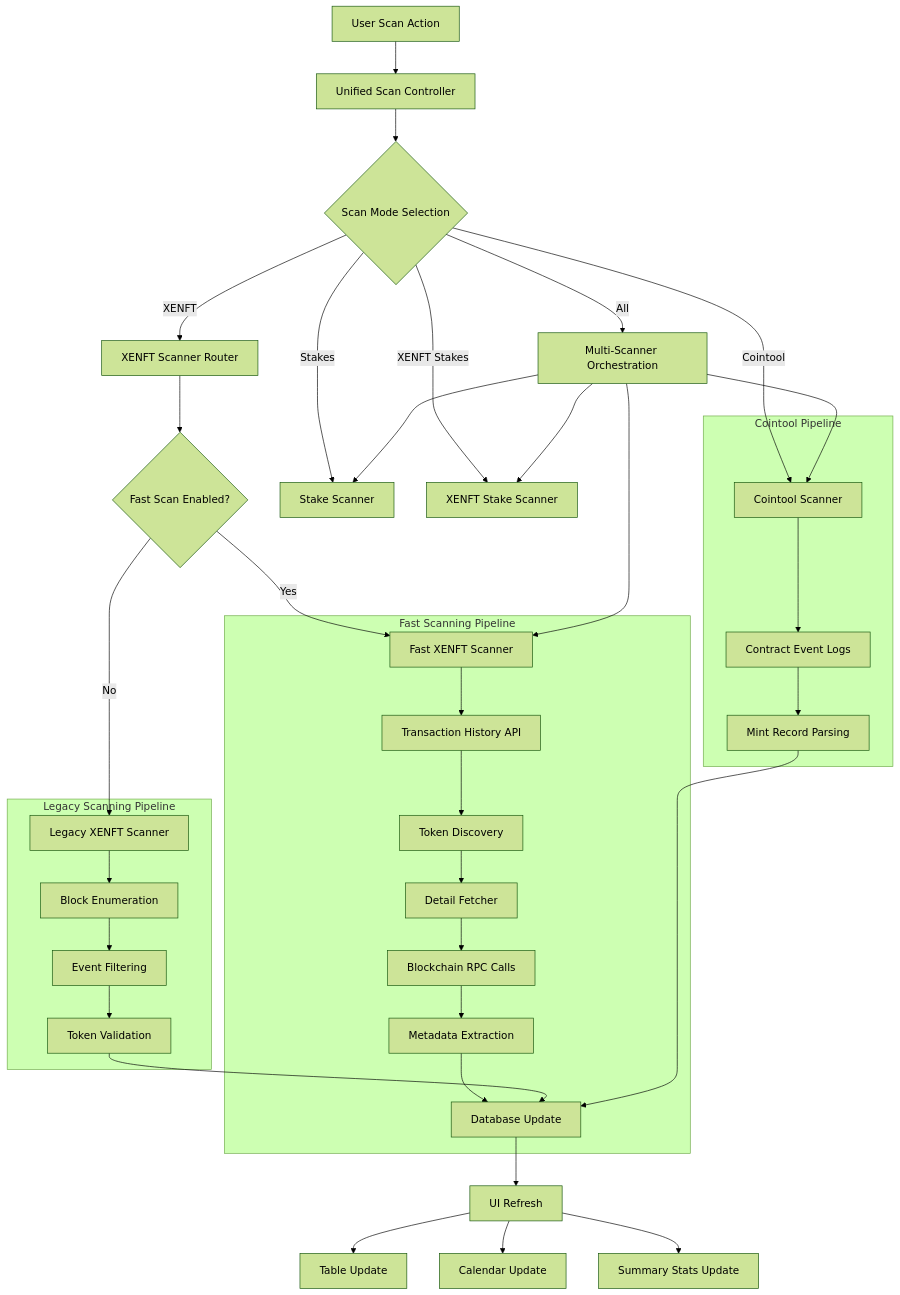
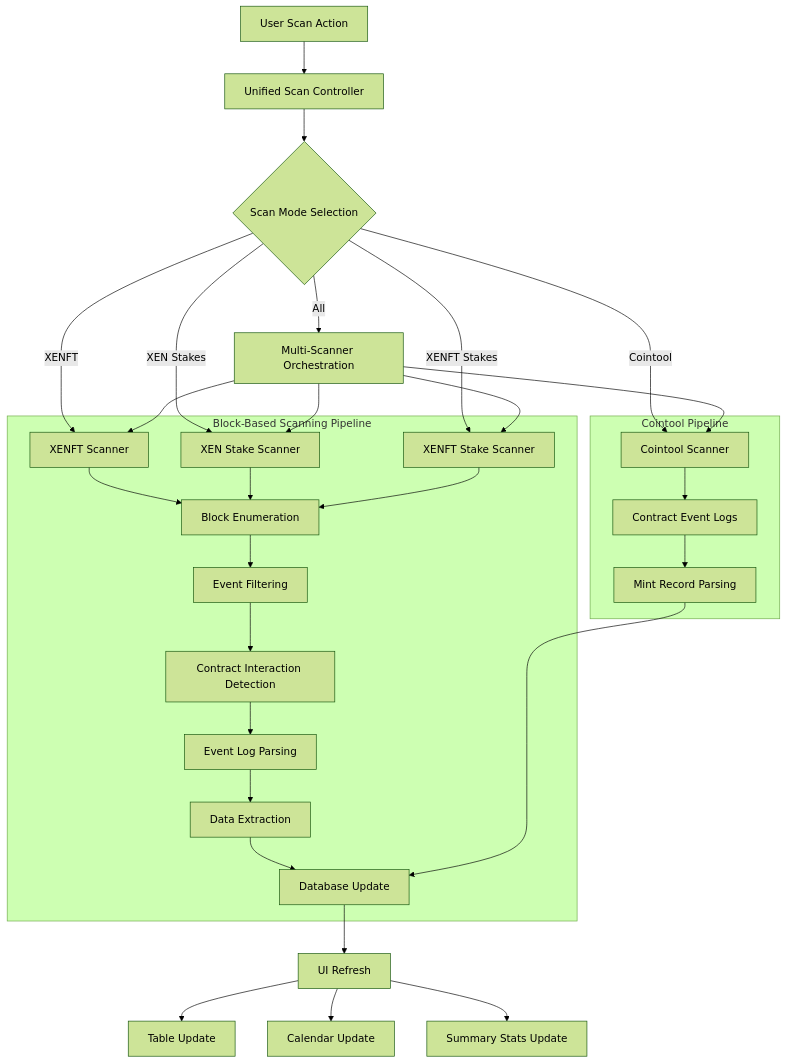
Before and after one commit to JozefJarosciak/wenxen.com: the fourth of 14 diagrams in flow.md, drawn with Mermaid (forest theme). The commit also changed other lines of this file and 2 other files, not shown here.

````diff
--- a/flow.md
+++ b/flow.md
@@ -167,47 +162,38 @@
 ```mermaid
 graph TB
     A[User Scan Action] --> B[Unified Scan Controller]
     B --> C{Scan Mode Selection}
     
     C -->|All| D[Multi-Scanner Orchestration]
     C -->|Cointool| E[Cointool Scanner]
-    C -->|XENFT| F[XENFT Scanner Router]
-    C -->|Stakes| G[Stake Scanner]
+    C -->|XENFT| F[XENFT Scanner]
+    C -->|XEN Stakes| G[XEN Stake Scanner]
     C -->|XENFT Stakes| H[XENFT Stake Scanner]
     
-    F --> I{Fast Scan Enabled?}
-    I -->|Yes| J[Fast XENFT Scanner]
-    I -->|No| K[Legacy XENFT Scanner]
-    
     D --> E
-    D --> J
+    D --> F
     D --> G
     D --> H
     
-    subgraph "Fast Scanning Pipeline"
-        J --> L[Transaction History API]
-        L --> M[Token Discovery]
-        M --> N[Detail Fetcher]
-        N --> O[Blockchain RPC Calls]
-        O --> P[Metadata Extraction]
-        P --> Q[Database Update]
-    end
-    
-    subgraph "Legacy Scanning Pipeline"
-        K --> R[Block Enumeration]
-        R --> S[Event Filtering]
-        S --> T[Token Validation]
-        T --> Q
+    subgraph "Block-Based Scanning Pipeline"
+        F --> I[Block Enumeration]
+        G --> I
+        H --> I
+        I --> J[Event Filtering]
+        J --> K[Contract Interaction Detection]
+        K --> L[Event Log Parsing]
+        L --> M[Data Extraction]
+        M --> N[Database Update]
     end
     
     subgraph "Cointool Pipeline"
-        E --> U[Contract Event Logs]
-        U --> V[Mint Record Parsing]
-        V --> Q
+        E --> O[Contract Event Logs]
+        O --> P[Mint Record Parsing]
+        P --> N
     end
     
-    Q --> W[UI Refresh]
-    W --> X[Table Update]
-    W --> Y[Calendar Update]
-    W --> Z[Summary Stats Update]
+    N --> Q[UI Refresh]
+    Q --> R[Table Update]
+    Q --> S[Calendar Update]
+    Q --> T[Summary Stats Update]
 ```
````
